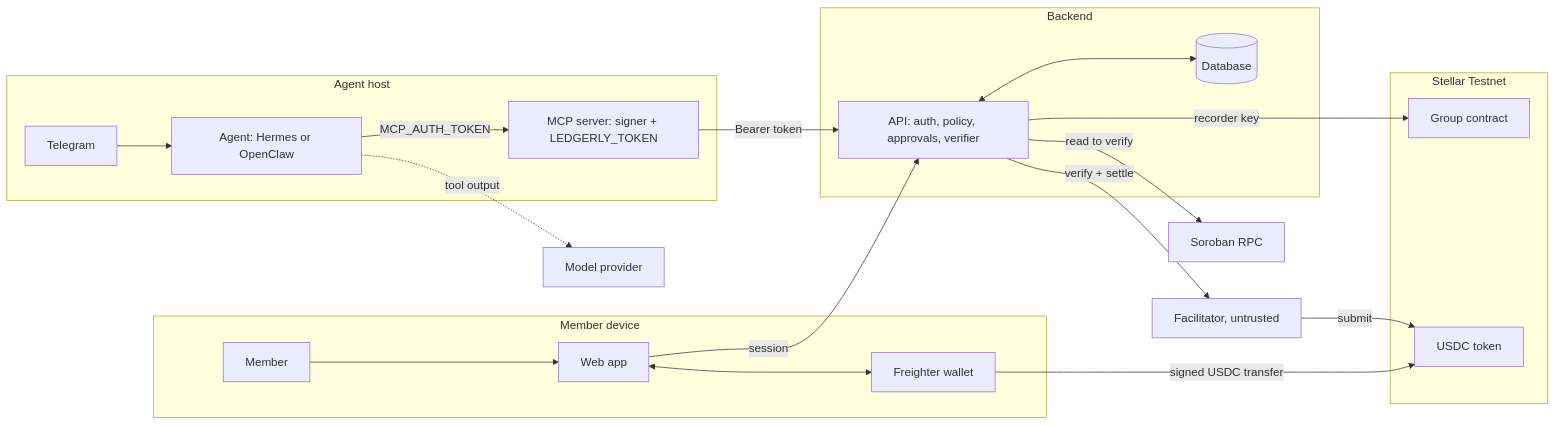
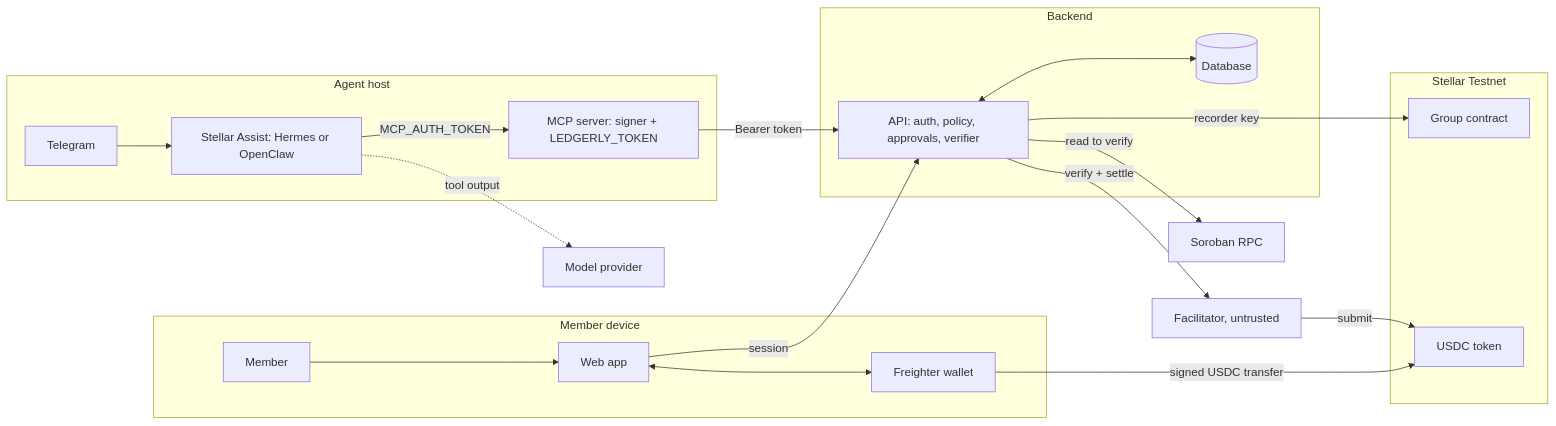
Before and after one commit to Michella-stack/Stellar-Split: the diagram in docs/security/threat-model.md, drawn with Mermaid. The commit also changed other lines of this file and 7 other files, not shown here.

First line of the commit message:
docs(security): call the user-facing agent Stellar Assist

````diff
--- a/docs/security/threat-model.md
+++ b/docs/security/threat-model.md
@@ -40,31 +40,31 @@
 ```mermaid
 flowchart LR
   subgraph B1[Member device]
     M[Member] --> W[Web app]
     W <--> F[Freighter wallet]
   end
   subgraph B2[Agent host]
-    T[Telegram] --> AG[Agent: Hermes or OpenClaw]
+    T[Telegram] --> AG[Stellar Assist: Hermes or OpenClaw]
     AG -- MCP_AUTH_TOKEN --> MCP[MCP server: signer + LEDGERLY_TOKEN]
   end
   subgraph B3[Backend]
     API[API: auth, policy, approvals, verifier]
     DB[(Database)]
     API <--> DB
   end
   subgraph B4[Stellar Testnet]
     C[Group contract]
     TK[USDC token]
   end
   X[Facilitator, untrusted]
   RPC[Soroban RPC]
 
   W -- session --> API
   MCP -- Bearer token --> API
   F -- signed USDC transfer --> TK
   API -- verify + settle --> X
   X -- submit --> TK
   API -- read to verify --> RPC
   API -- recorder key --> C
   AG -. tool output .-> LLM[Model provider]
 ```
````
